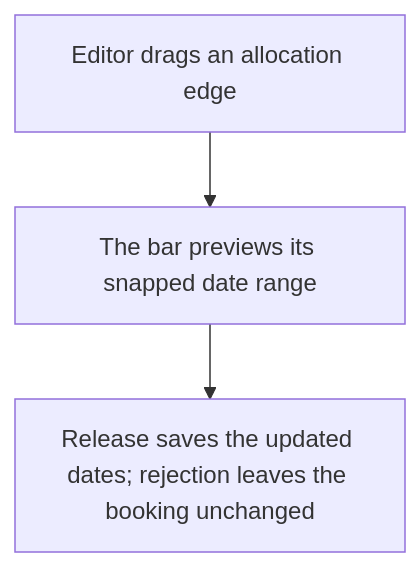
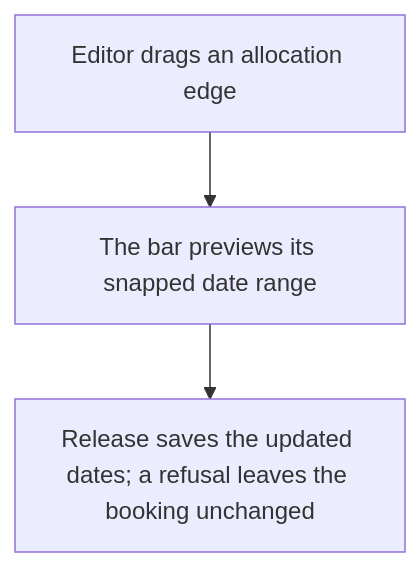
One commit to Kevinjohn/capacitylens changed the first of 2 diagrams in user-stories/scheduler/US-SCH-05-resize.md. Above: the diagram before and after it, drawn with Mermaid. The commit also changed 285 other files, not shown here.

````diff
--- a/user-stories/scheduler/US-SCH-05-resize.md
+++ b/user-stories/scheduler/US-SCH-05-resize.md
@@ -22,8 +22,8 @@
 ```mermaid
 flowchart TD
   A["Editor drags an allocation edge"]
   B["The bar previews its snapped date range"]
-  C["Release saves the updated dates; rejection leaves the booking unchanged"]
+  C["Release saves the updated dates; a refusal leaves the booking unchanged"]
   A --> B
   B --> C
 ```
````
